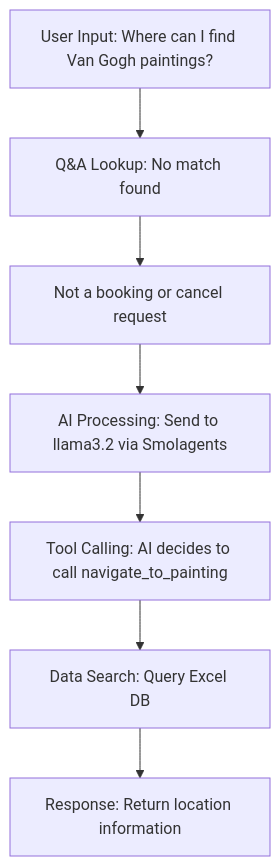
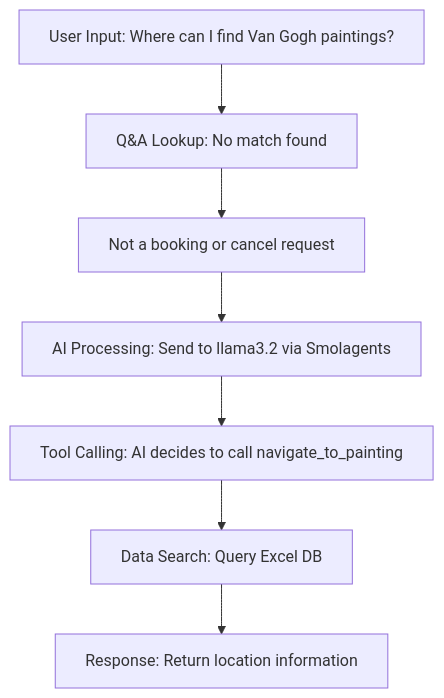
Diagram 15 of 15 in STEP_BY_STEP_GUIDE.md (chaitanyasaiyerra/Musuem-chatbot), drawn with Mermaid before and after one commit. The commit also changed other lines of this file and 1 other file, not shown here.

Commit message:
docs: replace spaces with nbsp in mermaid diagrams to force single-line rendering

````diff
--- a/STEP_BY_STEP_GUIDE.md
+++ b/STEP_BY_STEP_GUIDE.md
@@ -301,9 +301,9 @@
 ```mermaid
 graph TD
-    A["User Input: Where can I find Van Gogh paintings?"] --> B["Q&A Lookup: No match found"]
-    B --> C["Not a booking or cancel request"]
-    C --> D["AI Processing: Send to llama3.2 via Smolagents"]
-    D --> E["Tool Calling: AI decides to call navigate_to_painting"]
-    E --> F["Data Search: Query Excel DB"]
-    F --> G["Response: Return location information"]
+    A["User&nbsp;Input:&nbsp;Where&nbsp;can&nbsp;I&nbsp;find&nbsp;Van&nbsp;Gogh&nbsp;paintings?"] --> B["Q&A&nbsp;Lookup:&nbsp;No&nbsp;match&nbsp;found"]
+    B --> C["Not&nbsp;a&nbsp;booking&nbsp;or&nbsp;cancel&nbsp;request"]
+    C --> D["AI&nbsp;Processing:&nbsp;Send&nbsp;to&nbsp;llama3.2&nbsp;via&nbsp;Smolagents"]
+    D --> E["Tool&nbsp;Calling:&nbsp;AI&nbsp;decides&nbsp;to&nbsp;call&nbsp;navigate_to_painting"]
+    E --> F["Data&nbsp;Search:&nbsp;Query&nbsp;Excel&nbsp;DB"]
+    F --> G["Response:&nbsp;Return&nbsp;location&nbsp;information"]
 ```
````
